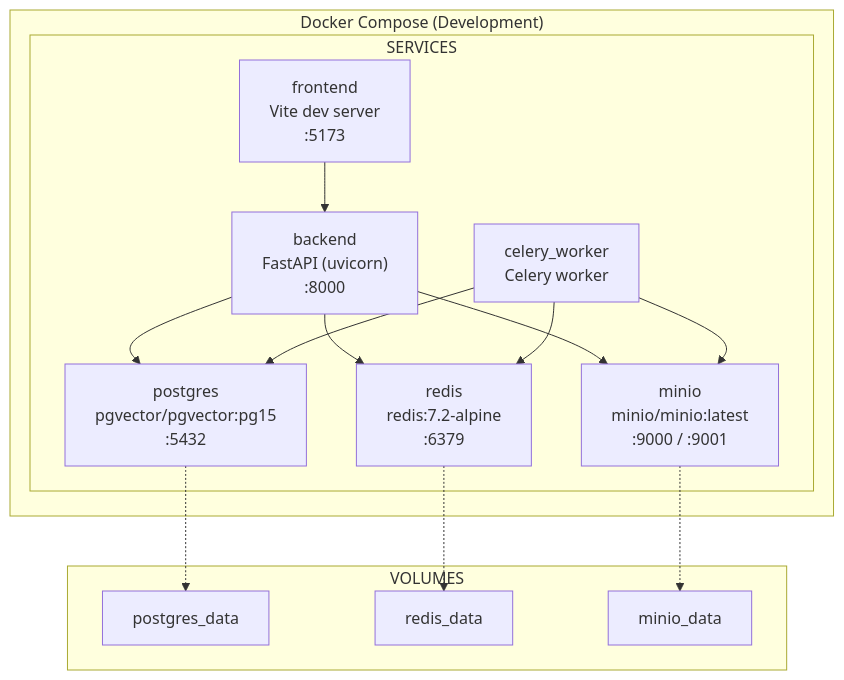
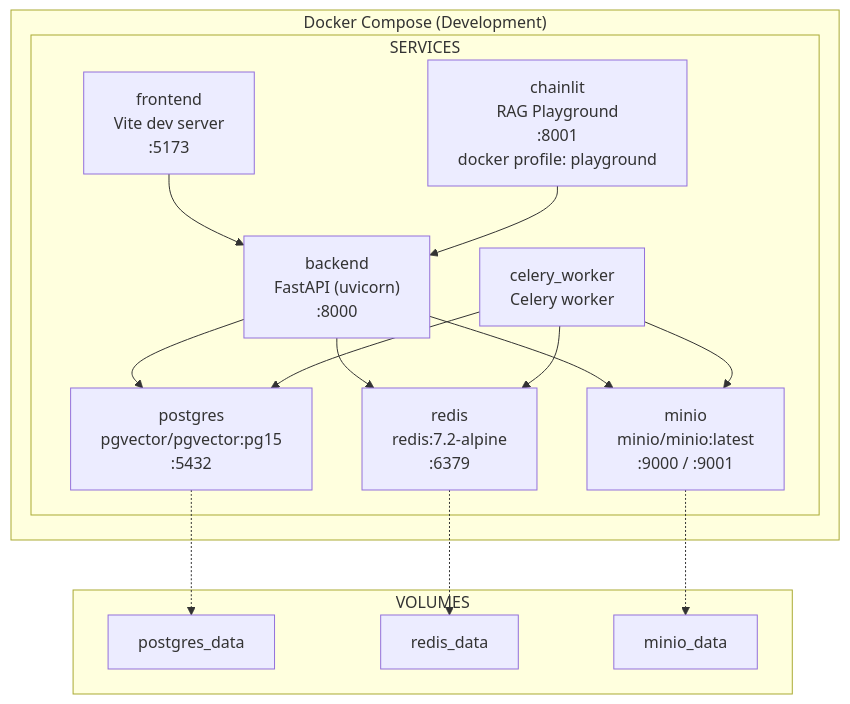
One commit to BoneTheDeveloper/Business-Wiki-App changed the first of 3 diagrams in docs/architecture/deployment.md. Above: the diagram before and after it, drawn with Mermaid. The commit also changed 33 other files, not shown here.

First line of the commit message:
feat(playground): add Chainlit RAG Playground with backend observability endpoints

````diff
--- a/docs/architecture/deployment.md
+++ b/docs/architecture/deployment.md
@@ -7,31 +7,33 @@
 ```mermaid
 graph TB
     subgraph DOCKER["Docker Compose (Development)"]
         subgraph SERVICES
             PG_DEV["postgres<br/>pgvector/pgvector:pg15<br/>:5432"]
             REDIS_DEV["redis<br/>redis:7.2-alpine<br/>:6379"]
             MINIO_DEV["minio<br/>minio/minio:latest<br/>:9000 / :9001"]
             BE_DEV["backend<br/>FastAPI (uvicorn)<br/>:8000"]
             FE_DEV["frontend<br/>Vite dev server<br/>:5173"]
             CW_DEV["celery_worker<br/>Celery worker"]
+            CL_DEV["chainlit<br/>RAG Playground<br/>:8001<br/>docker profile: playground"]
         end
     end
 
     subgraph VOLUMES
         VOL_PG["postgres_data"]
         VOL_REDIS["redis_data"]
         VOL_MINIO["minio_data"]
     end
 
     BE_DEV --> PG_DEV
     BE_DEV --> REDIS_DEV
     BE_DEV --> MINIO_DEV
     CW_DEV --> PG_DEV
     CW_DEV --> REDIS_DEV
     CW_DEV --> MINIO_DEV
     FE_DEV --> BE_DEV
+    CL_DEV --> BE_DEV
 
     PG_DEV -.-> VOL_PG
     REDIS_DEV -.-> VOL_REDIS
     MINIO_DEV -.-> VOL_MINIO
 ```
````
